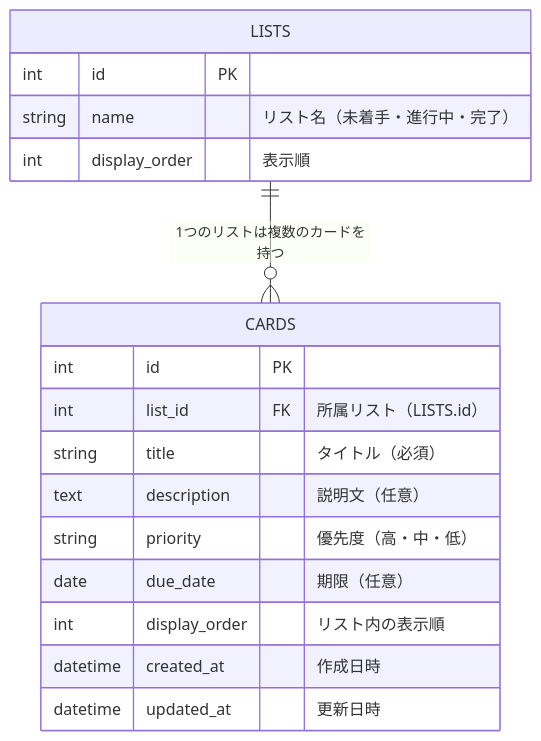
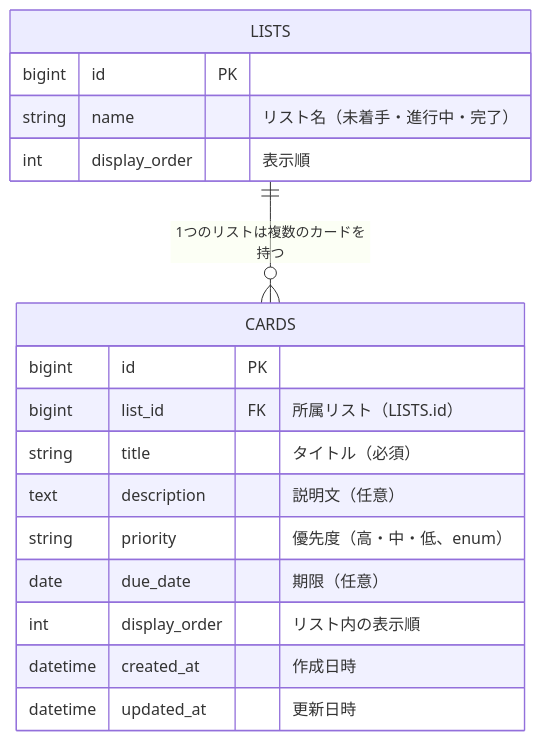
Before and after one commit to 329nh329-ops/myproject: the diagram in docs/データベース設計.md, drawn with Mermaid. The commit also changed other lines of this file and 5 other files, not shown here.

````diff
--- a/docs/データベース設計.md
+++ b/docs/データベース設計.md
@@ -10,22 +10,22 @@
 ```mermaid
 erDiagram
     LISTS ||--o{ CARDS : "1つのリストは複数のカードを持つ"
 
     LISTS {
-        int id PK
+        bigint id PK
         string name "リスト名（未着手・進行中・完了）"
         int display_order "表示順"
     }
 
     CARDS {
-        int id PK
-        int list_id FK "所属リスト（LISTS.id）"
+        bigint id PK
+        bigint list_id FK "所属リスト（LISTS.id）"
         string title "タイトル（必須）"
         text description "説明文（任意）"
-        string priority "優先度（高・中・低）"
+        string priority "優先度（高・中・低、enum）"
         date due_date "期限（任意）"
         int display_order "リスト内の表示順"
         datetime created_at "作成日時"
         datetime updated_at "更新日時"
     }
 ```
````
